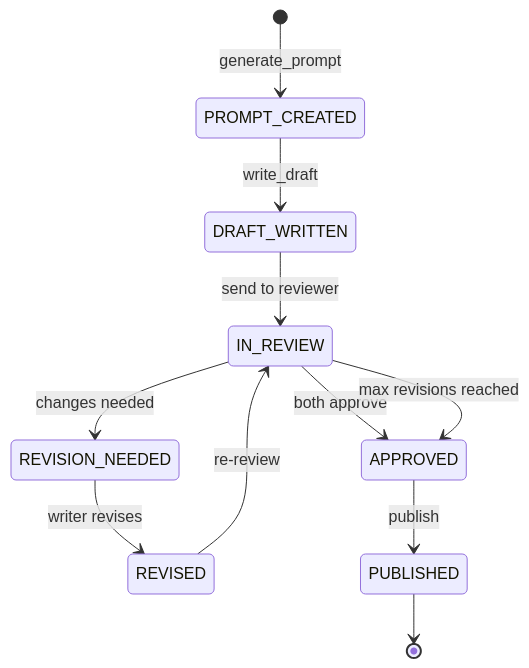
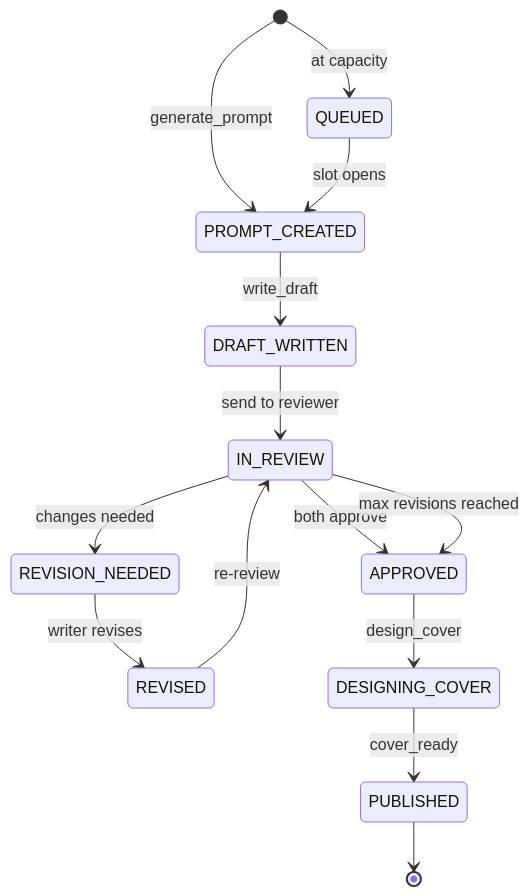
Before and after one commit to chrisfauerbach/multiagent: the third of 3 diagrams in README.md, drawn with Mermaid. The commit also changed other lines of this file, not shown here.

First line of the commit message:
Update README with cover designer, concurrency gating, and PDF export docs

````diff
--- a/README.md
+++ b/README.md
@@ -98,13 +116,16 @@
 ```mermaid
 stateDiagram-v2
+    [*] --> QUEUED: at capacity
     [*] --> PROMPT_CREATED: generate_prompt
+    QUEUED --> PROMPT_CREATED: slot opens
     PROMPT_CREATED --> DRAFT_WRITTEN: write_draft
     DRAFT_WRITTEN --> IN_REVIEW: send to reviewer
     IN_REVIEW --> APPROVED: both approve
     IN_REVIEW --> REVISION_NEEDED: changes needed
     REVISION_NEEDED --> REVISED: writer revises
     REVISED --> IN_REVIEW: re-review
     IN_REVIEW --> APPROVED: max revisions reached
-    APPROVED --> PUBLISHED: publish
+    APPROVED --> DESIGNING_COVER: design_cover
+    DESIGNING_COVER --> PUBLISHED: cover_ready
     PUBLISHED --> [*]
 ```
````
